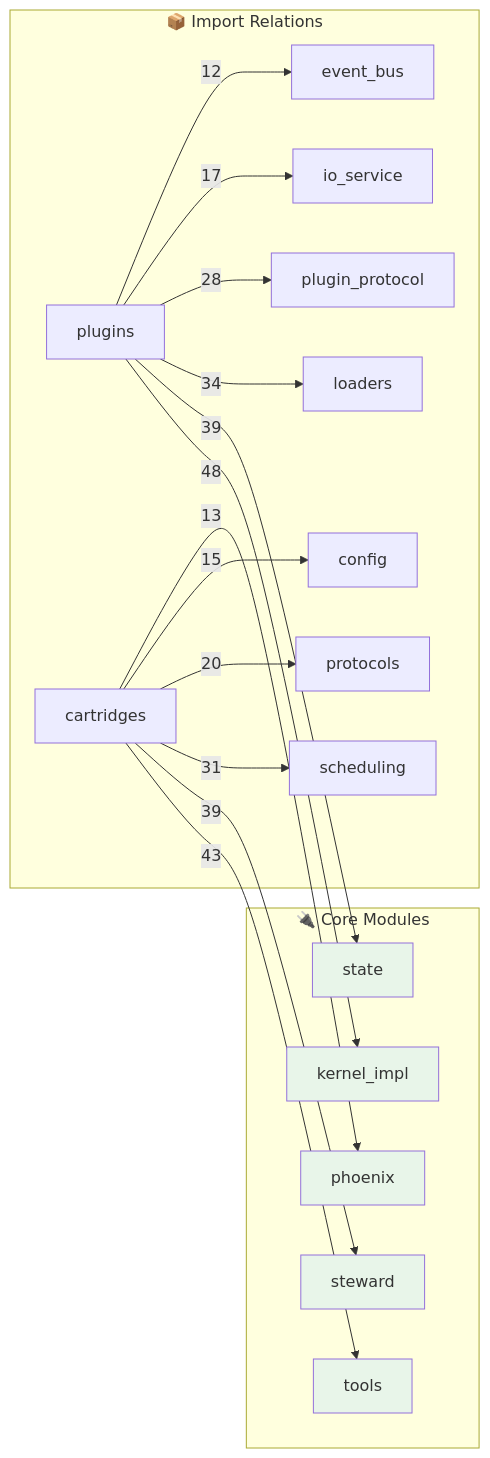
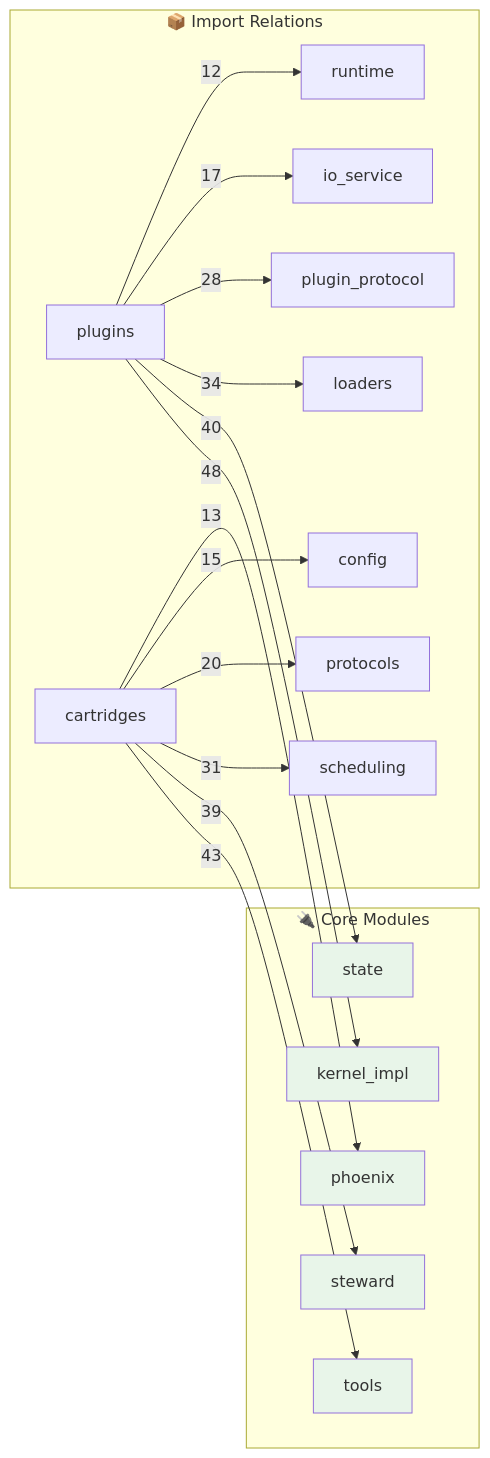
The second of 2 diagrams in OPUS.md (kimeisele/steward-protocol), drawn with Mermaid before and after one commit. The commit also changed other lines of this file and 16 other files, not shown here.

````diff
--- a/OPUS.md
+++ b/OPUS.md
@@ -751,31 +721,31 @@
 ```mermaid
 flowchart LR
     subgraph Core["🔌 Core Modules"]
         kernel_impl[kernel_impl]
         steward[steward]
         tools[tools]
         state[state]
         phoenix[phoenix]
     end
 
     subgraph Edges["📦 Import Relations"]
         plugins -->|48| kernel_impl
         cartridges -->|43| tools
+        plugins -->|40| state
         cartridges -->|39| steward
-        plugins -->|39| state
         plugins -->|34| loaders
         cartridges -->|31| scheduling
         plugins -->|28| plugin_protocol
         cartridges -->|20| protocols
         plugins -->|17| io_service
         cartridges -->|15| config
         cartridges -->|13| phoenix
-        plugins -->|12| event_bus
+        plugins -->|12| runtime
     end
 
     style kernel_impl fill:#e8f5e9
     style steward fill:#e8f5e9
     style tools fill:#e8f5e9
     style state fill:#e8f5e9
     style phoenix fill:#e8f5e9
 ```
````
